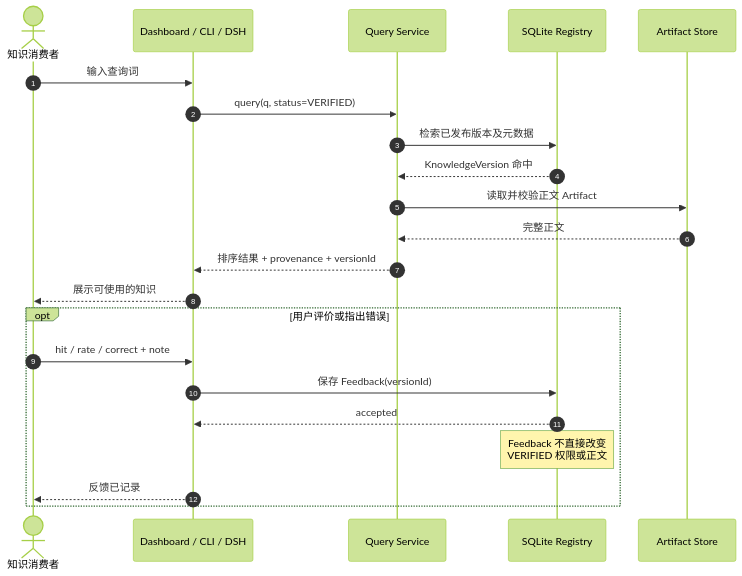
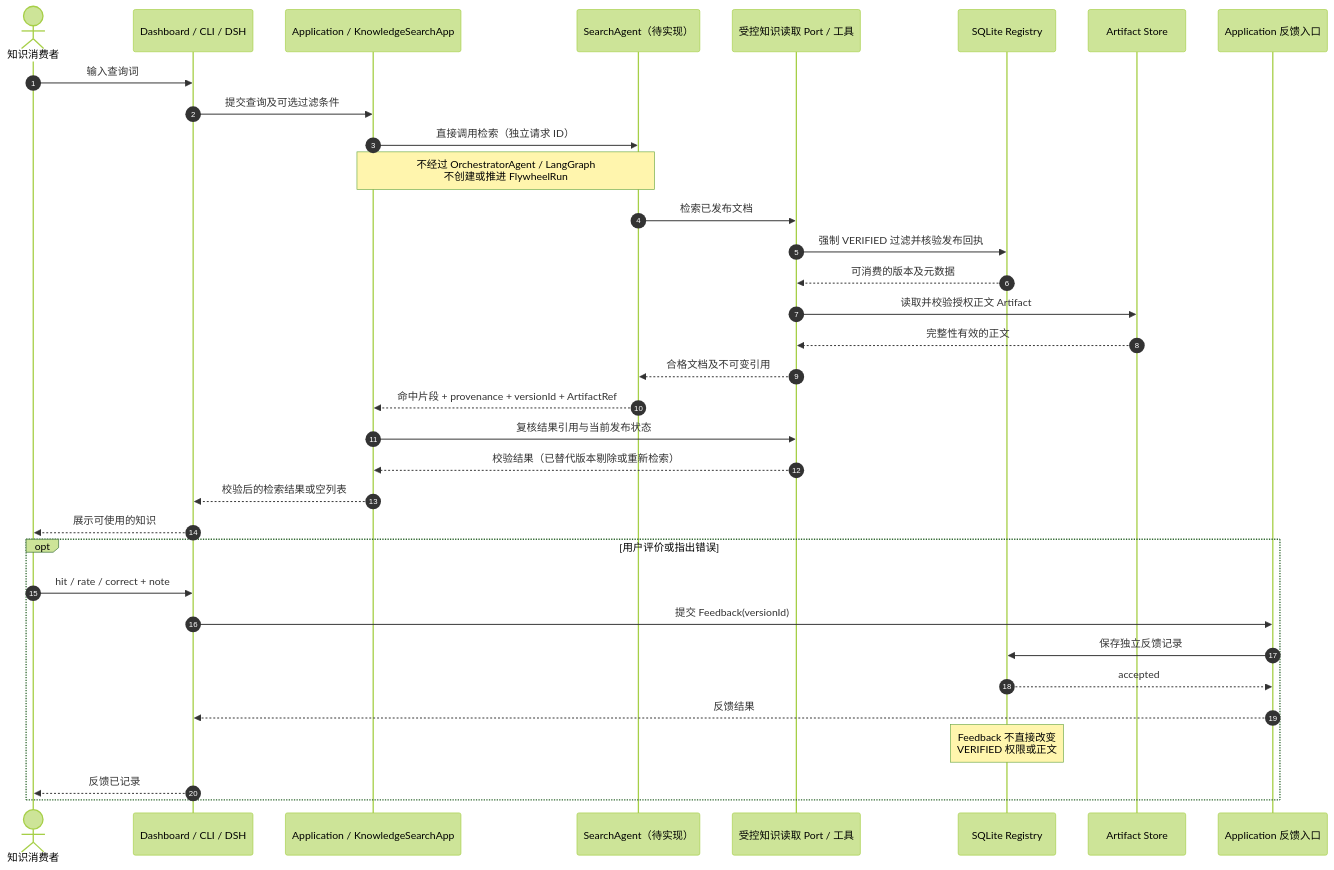
The first of 6 diagrams in specs/05-workflows/user-use-cases.md (linlisWorkTeam/domain-knowledge), drawn with Mermaid (forest theme) before and after one commit. The commit also changed other lines of this file and 19 other files, not shown here.

Commit message:
docs: define application-dispatched SearchAgent and retrieval flow

````diff
--- a/specs/05-workflows/user-use-cases.md
+++ b/specs/05-workflows/user-use-cases.md
@@ -68,26 +73,38 @@
 ```mermaid
 sequenceDiagram
     autonumber
     actor User as 知识消费者
     participant Client as Dashboard / CLI / DSH
-    participant Query as Query Service
+    participant App as Application / KnowledgeSearchApp
+    participant Search as SearchAgent（待实现）
+    participant Read as 受控知识读取 Port / 工具
     participant Registry as SQLite Registry
     participant CAS as Artifact Store
+    participant Feedback as Application 反馈入口
 
     User->>Client: 输入查询词
-    Client->>Query: query(q, status=VERIFIED)
-    Query->>Registry: 检索已发布版本及元数据
-    Registry-->>Query: KnowledgeVersion 命中
-    Query->>CAS: 读取并校验正文 Artifact
-    CAS-->>Query: 完整正文
-    Query-->>Client: 排序结果 + provenance + versionId
+    Client->>App: 提交查询及可选过滤条件
+    App->>Search: 直接调用检索（独立请求 ID）
+    Note over App,Search: 不经过 OrchestratorAgent / LangGraph<br/>不创建或推进 FlywheelRun
+    Search->>Read: 检索已发布文档
+    Read->>Registry: 强制 VERIFIED 过滤并核验发布回执
+    Registry-->>Read: 可消费的版本及元数据
+    Read->>CAS: 读取并校验授权正文 Artifact
+    CAS-->>Read: 完整性有效的正文
+    Read-->>Search: 合格文档及不可变引用
+    Search-->>App: 命中片段 + provenance + versionId + ArtifactRef
+    App->>Read: 复核结果引用与当前发布状态
+    Read-->>App: 校验结果（已替代版本剔除或重新检索）
+    App-->>Client: 校验后的检索结果或空列表
     Client-->>User: 展示可使用的知识
 
     opt 用户评价或指出错误
         User->>Client: hit / rate / correct + note
-        Client->>Registry: 保存 Feedback(versionId)
-        Registry-->>Client: accepted
+        Client->>Feedback: 提交 Feedback(versionId)
+        Feedback->>Registry: 保存独立反馈记录
+        Registry-->>Feedback: accepted
+        Feedback-->>Client: 反馈结果
         Note over Registry: Feedback 不直接改变<br/>VERIFIED 权限或正文
         Client-->>User: 反馈已记录
     end
 ```
````
